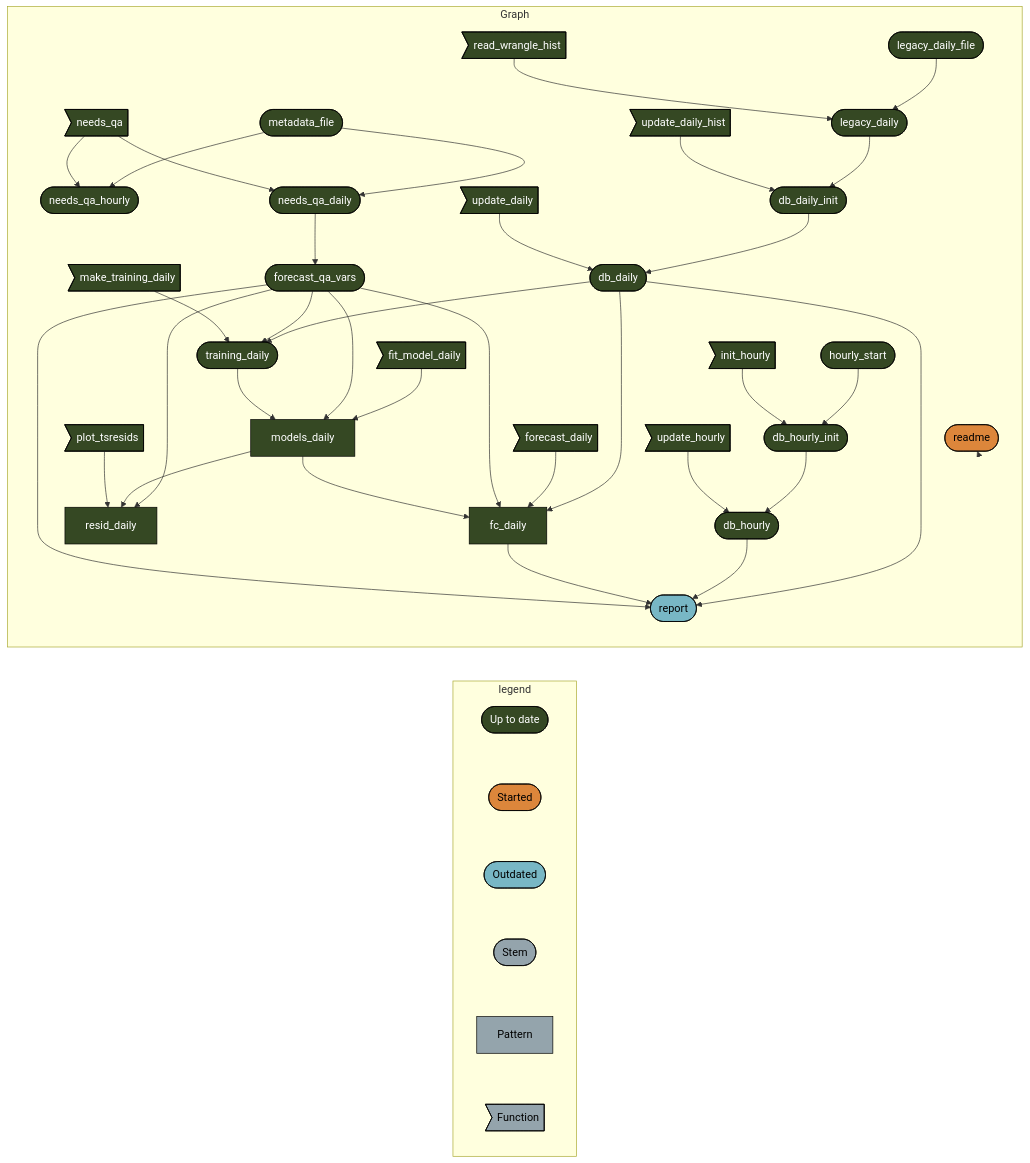
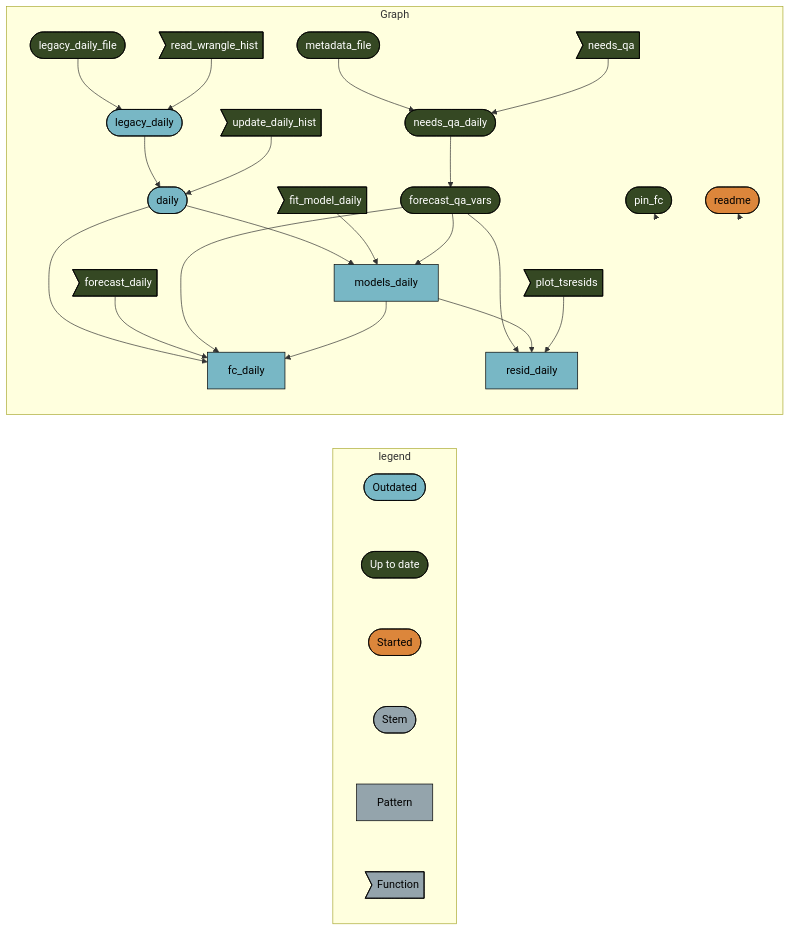
Before and after one commit to uace-azmet/azmet-forecast-qa: the diagram in README.md, drawn with Mermaid. The commit also changed other lines of this file and 62 other files, not shown here.

````diff
--- a/README.md
+++ b/README.md
@@ -31,55 +37,42 @@
 ``` mermaid
 graph LR
   subgraph legend
+    x0a52b03877696646([""Outdated""]):::outdated --- x7420bd9270f8d27d([""Up to date""]):::uptodate
     x7420bd9270f8d27d([""Up to date""]):::uptodate --- x5b3426b4c7fa7dbc([""Started""]):::started
-    x5b3426b4c7fa7dbc([""Started""]):::started --- x0a52b03877696646([""Outdated""]):::outdated
-    x0a52b03877696646([""Outdated""]):::outdated --- xbf4603d6c2c2ad6b([""Stem""]):::none
+    x5b3426b4c7fa7dbc([""Started""]):::started --- xbf4603d6c2c2ad6b([""Stem""]):::none
     xbf4603d6c2c2ad6b([""Stem""]):::none --- x70a5fa6bea6f298d[""Pattern""]:::none
     x70a5fa6bea6f298d[""Pattern""]:::none --- xf0bce276fe2b9d3e>""Function""]:::none
   end
   subgraph Graph
-    x3d7b2a2ab5636113(["metadata_file"]):::uptodate --> xac2ac35653724b54(["needs_qa_hourly"]):::uptodate
-    x06ab7116eed66f15>"needs_qa"]:::uptodate --> xac2ac35653724b54(["needs_qa_hourly"]):::uptodate
-    xba07353683c5dbf8(["db_hourly_init"]):::uptodate --> xf4a7af7aeef4f182(["db_hourly"]):::uptodate
-    x967af66f8b51e317>"update_hourly"]:::uptodate --> xf4a7af7aeef4f182(["db_hourly"]):::uptodate
-    xff9b736edef41c8b(["legacy_daily"]):::uptodate --> x1cab041545db0886(["db_daily_init"]):::uptodate
-    x8b3096a190996662>"update_daily_hist"]:::uptodate --> x1cab041545db0886(["db_daily_init"]):::uptodate
-    xd1a6dd314cda4831(["hourly_start"]):::uptodate --> xba07353683c5dbf8(["db_hourly_init"]):::uptodate
-    x7a5743c959c496f9>"init_hourly"]:::uptodate --> xba07353683c5dbf8(["db_hourly_init"]):::uptodate
-    x1cab041545db0886(["db_daily_init"]):::uptodate --> x44bd6feeb3fb18b4(["db_daily"]):::uptodate
-    xed180ed90a78526a>"update_daily"]:::uptodate --> x44bd6feeb3fb18b4(["db_daily"]):::uptodate
-    x44bd6feeb3fb18b4(["db_daily"]):::uptodate --> x2c1f6f5234e92642(["training_daily"]):::uptodate
-    x601d3b0e7d261371(["forecast_qa_vars"]):::uptodate --> x2c1f6f5234e92642(["training_daily"]):::uptodate
-    xe87583f9b9d152fa>"make_training_daily"]:::uptodate --> x2c1f6f5234e92642(["training_daily"]):::uptodate
-    x601d3b0e7d261371(["forecast_qa_vars"]):::uptodate --> x0bb4ecca77d3d4a0["resid_daily"]:::uptodate
-    x4d3c4dcfeadc796d["models_daily"]:::uptodate --> x0bb4ecca77d3d4a0["resid_daily"]:::uptodate
-    x10e889bcd8b0fd60>"plot_tsresids"]:::uptodate --> x0bb4ecca77d3d4a0["resid_daily"]:::uptodate
-    x1920bdb737e11d2e(["legacy_daily_file"]):::uptodate --> xff9b736edef41c8b(["legacy_daily"]):::uptodate
-    x842666df821db265>"read_wrangle_hist"]:::uptodate --> xff9b736edef41c8b(["legacy_daily"]):::uptodate
-    x1f5572089e80d919>"fit_model_daily"]:::uptodate --> x4d3c4dcfeadc796d["models_daily"]:::uptodate
-    x601d3b0e7d261371(["forecast_qa_vars"]):::uptodate --> x4d3c4dcfeadc796d["models_daily"]:::uptodate
-    x2c1f6f5234e92642(["training_daily"]):::uptodate --> x4d3c4dcfeadc796d["models_daily"]:::uptodate
-    x44bd6feeb3fb18b4(["db_daily"]):::uptodate --> xdd96ec4b0bb5ab6b["fc_daily"]:::uptodate
-    x4bc7352f98499683>"forecast_daily"]:::uptodate --> xdd96ec4b0bb5ab6b["fc_daily"]:::uptodate
-    x601d3b0e7d261371(["forecast_qa_vars"]):::uptodate --> xdd96ec4b0bb5ab6b["fc_daily"]:::uptodate
-    x4d3c4dcfeadc796d["models_daily"]:::uptodate --> xdd96ec4b0bb5ab6b["fc_daily"]:::uptodate
     x3d7b2a2ab5636113(["metadata_file"]):::uptodate --> xdfae9ea4e5207cef(["needs_qa_daily"]):::uptodate
     x06ab7116eed66f15>"needs_qa"]:::uptodate --> xdfae9ea4e5207cef(["needs_qa_daily"]):::uptodate
     xdfae9ea4e5207cef(["needs_qa_daily"]):::uptodate --> x601d3b0e7d261371(["forecast_qa_vars"]):::uptodate
-    x44bd6feeb3fb18b4(["db_daily"]):::uptodate --> xe0fba61fbc506510(["report"]):::outdated
-    xf4a7af7aeef4f182(["db_hourly"]):::uptodate --> xe0fba61fbc506510(["report"]):::outdated
-    xdd96ec4b0bb5ab6b["fc_daily"]:::uptodate --> xe0fba61fbc506510(["report"]):::outdated
-    x601d3b0e7d261371(["forecast_qa_vars"]):::uptodate --> xe0fba61fbc506510(["report"]):::outdated
+    x1920bdb737e11d2e(["legacy_daily_file"]):::uptodate --> xff9b736edef41c8b(["legacy_daily"]):::outdated
+    x842666df821db265>"read_wrangle_hist"]:::uptodate --> xff9b736edef41c8b(["legacy_daily"]):::outdated
+    x6233d5fdb54d5242(["daily"]):::outdated --> xdd96ec4b0bb5ab6b["fc_daily"]:::outdated
+    x4bc7352f98499683>"forecast_daily"]:::uptodate --> xdd96ec4b0bb5ab6b["fc_daily"]:::outdated
+    x601d3b0e7d261371(["forecast_qa_vars"]):::uptodate --> xdd96ec4b0bb5ab6b["fc_daily"]:::outdated
+    x4d3c4dcfeadc796d["models_daily"]:::outdated --> xdd96ec4b0bb5ab6b["fc_daily"]:::outdated
+    x601d3b0e7d261371(["forecast_qa_vars"]):::uptodate --> x0bb4ecca77d3d4a0["resid_daily"]:::outdated
+    x4d3c4dcfeadc796d["models_daily"]:::outdated --> x0bb4ecca77d3d4a0["resid_daily"]:::outdated
+    x10e889bcd8b0fd60>"plot_tsresids"]:::uptodate --> x0bb4ecca77d3d4a0["resid_daily"]:::outdated
+    x6233d5fdb54d5242(["daily"]):::outdated --> x4d3c4dcfeadc796d["models_daily"]:::outdated
+    x1f5572089e80d919>"fit_model_daily"]:::uptodate --> x4d3c4dcfeadc796d["models_daily"]:::outdated
+    x601d3b0e7d261371(["forecast_qa_vars"]):::uptodate --> x4d3c4dcfeadc796d["models_daily"]:::outdated
+    xff9b736edef41c8b(["legacy_daily"]):::outdated --> x6233d5fdb54d5242(["daily"]):::outdated
+    x8b3096a190996662>"update_daily_hist"]:::uptodate --> x6233d5fdb54d5242(["daily"]):::outdated
+    x8f5c47b9b7da7e75(["pin_fc"]):::uptodate --> x8f5c47b9b7da7e75(["pin_fc"]):::uptodate
     x6e52cb0f1668cc22(["readme"]):::started --> x6e52cb0f1668cc22(["readme"]):::started
   end
+  classDef outdated stroke:#000000,color:#000000,fill:#78B7C5;
   classDef uptodate stroke:#000000,color:#ffffff,fill:#354823;
   classDef started stroke:#000000,color:#000000,fill:#DC863B;
-  classDef outdated stroke:#000000,color:#000000,fill:#78B7C5;
   classDef none stroke:#000000,color:#000000,fill:#94a4ac;
   linkStyle 0 stroke-width:0px;
   linkStyle 1 stroke-width:0px;
   linkStyle 2 stroke-width:0px;
   linkStyle 3 stroke-width:0px;
   linkStyle 4 stroke-width:0px;
-  linkStyle 37 stroke-width:0px;
+  linkStyle 22 stroke-width:0px;
+  linkStyle 23 stroke-width:0px;
 ```
````
